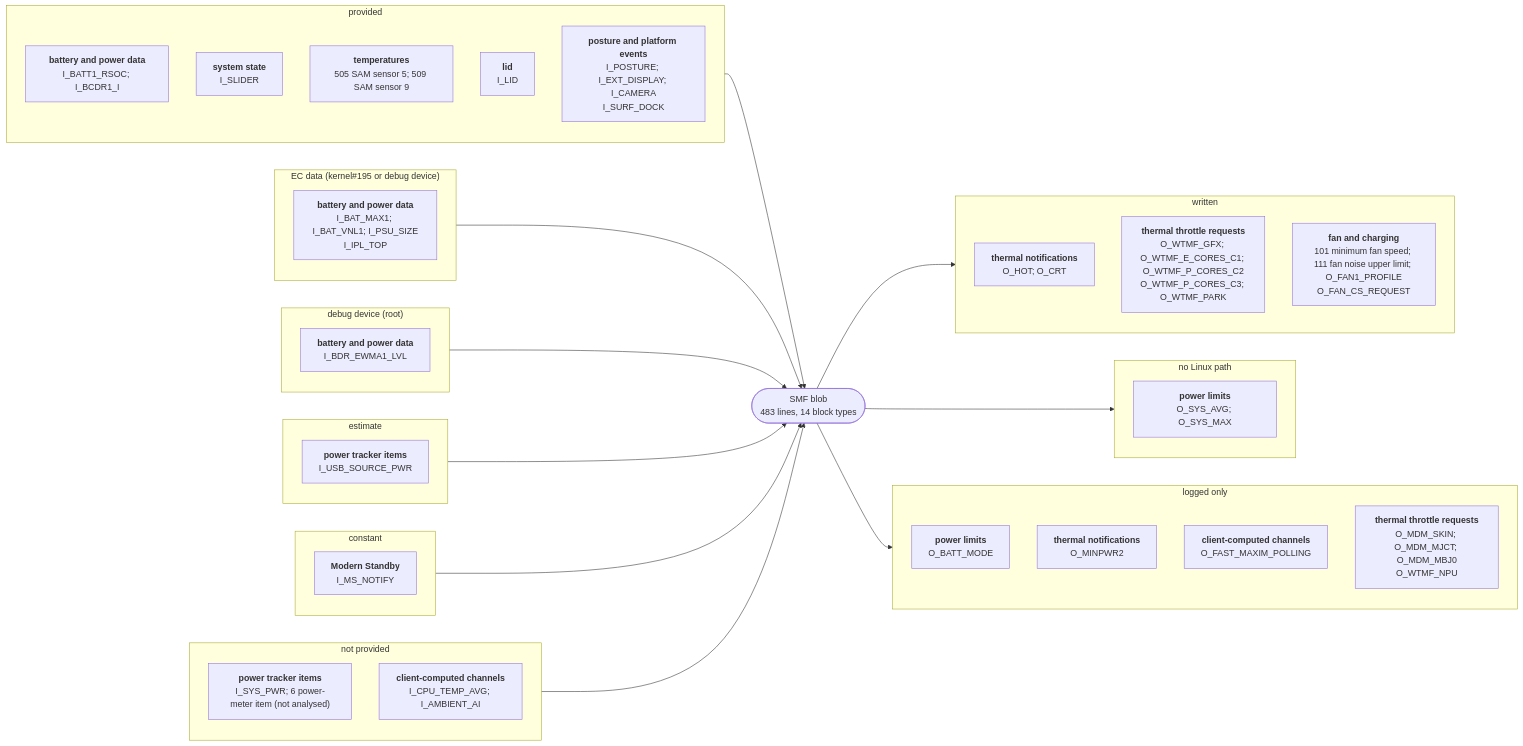
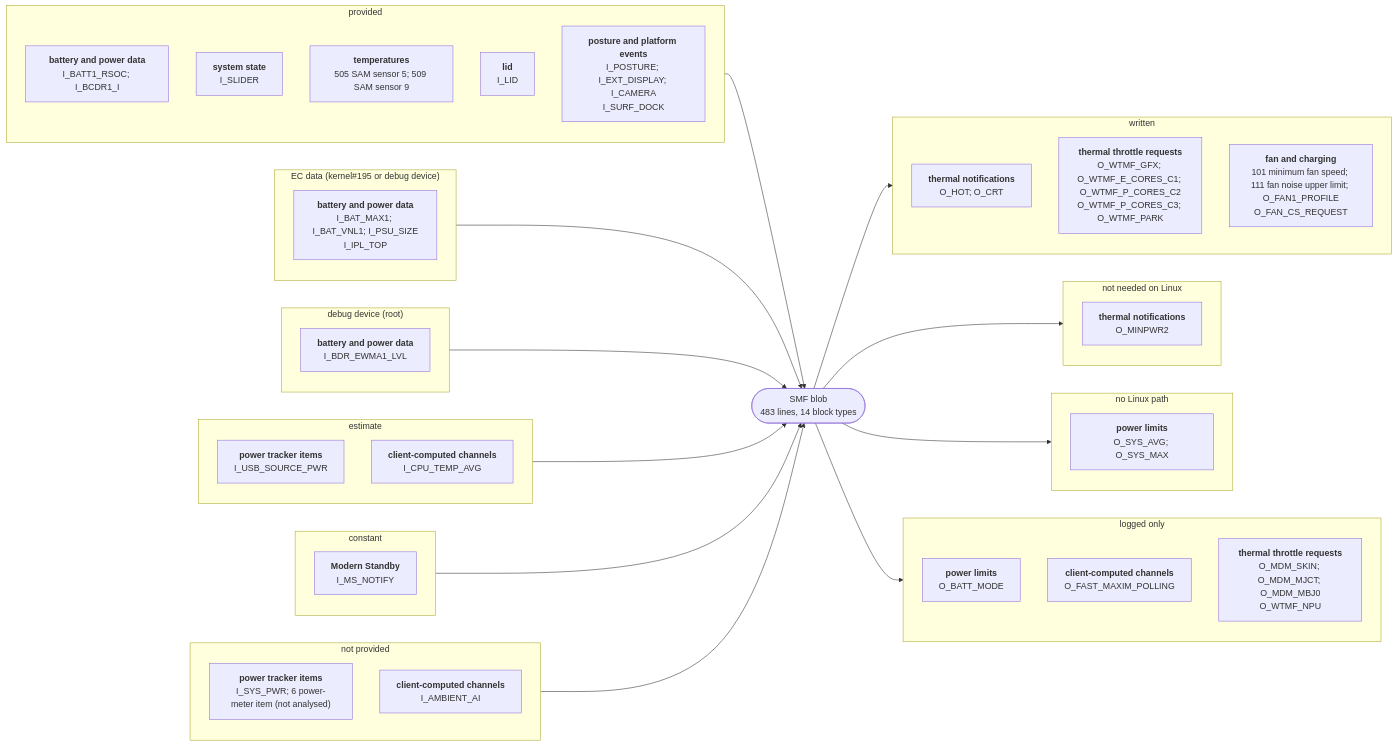
The diagram in docs/devices/surface-pro-11-snapdragon.md (larsschellhas/linux-surface-power), drawn with Mermaid before and after one commit. The commit also changed other lines of this file and 42 other files, not shown here.

First line of the commit message:
Remaining Pro 10 outputs: PL1 time window, sensor offset, two not needed

````diff
--- a/docs/devices/surface-pro-11-snapdragon.md
+++ b/docs/devices/surface-pro-11-snapdragon.md
@@ -22,50 +22,54 @@
 ```mermaid
 flowchart LR
     subgraph IN0["provided"]
         I0_28B7BD85["<b>battery and power data</b><br/>I_BATT1_RSOC; I_BCDR1_I"]
         I0_2DD6960F["<b>system state</b><br/>I_SLIDER"]
         I0_2E8B14C2["<b>temperatures</b><br/>505 SAM sensor 5; 509 SAM sensor 9"]
         I0_5D0EE597["<b>lid</b><br/>I_LID"]
         I0_8060B17F["<b>posture and platform events</b><br/>I_POSTURE; I_EXT_DISPLAY; I_CAMERA<br/>I_SURF_DOCK"]
     end
     IN0 --> B
     subgraph IN1["EC data (kernel#195 or debug device)"]
         I1_28B7BD85["<b>battery and power data</b><br/>I_BAT_MAX1; I_BAT_VNL1; I_PSU_SIZE<br/>I_IPL_TOP"]
     end
     IN1 --> B
     subgraph IN2["debug device (root)"]
         I2_28B7BD85["<b>battery and power data</b><br/>I_BDR_EWMA1_LVL"]
     end
     IN2 --> B
     subgraph IN3["estimate"]
         I3_049E36F2["<b>power tracker items</b><br/>I_USB_SOURCE_PWR"]
+        I3_87008365["<b>client-computed channels</b><br/>I_CPU_TEMP_AVG"]
     end
     IN3 --> B
     subgraph IN4["constant"]
         I4_DEF1AB69["<b>Modern Standby</b><br/>I_MS_NOTIFY"]
     end
     IN4 --> B
     subgraph IN5["not provided"]
         I5_049E36F2["<b>power tracker items</b><br/>I_SYS_PWR; 6 power-meter item (not analysed)"]
-        I5_87008365["<b>client-computed channels</b><br/>I_CPU_TEMP_AVG; I_AMBIENT_AI"]
+        I5_87008365["<b>client-computed channels</b><br/>I_AMBIENT_AI"]
     end
     IN5 --> B
     B(["SMF blob<br/>483 lines, 14 block types"])
     subgraph OUT0["written"]
         O0_110DF2A4["<b>thermal notifications</b><br/>O_HOT; O_CRT"]
         O0_9BBB8910["<b>thermal throttle requests</b><br/>O_WTMF_GFX; O_WTMF_E_CORES_C1; O_WTMF_P_CORES_C2<br/>O_WTMF_P_CORES_C3; O_WTMF_PARK"]
         O0_B620798F["<b>fan and charging</b><br/>101 minimum fan speed; 111 fan noise upper limit; O_FAN1_PROFILE<br/>O_FAN_CS_REQUEST"]
     end
     B --> OUT0
-    subgraph OUT1["no Linux path"]
-        O1_0B7B5350["<b>power limits</b><br/>O_SYS_AVG; O_SYS_MAX"]
+    subgraph OUT1["not needed on Linux"]
+        O1_110DF2A4["<b>thermal notifications</b><br/>O_MINPWR2"]
     end
     B --> OUT1
-    subgraph OUT2["logged only"]
-        O2_0B7B5350["<b>power limits</b><br/>O_BATT_MODE"]
-        O2_110DF2A4["<b>thermal notifications</b><br/>O_MINPWR2"]
-        O2_87008365["<b>client-computed channels</b><br/>O_FAST_MAXIM_POLLING"]
-        O2_9BBB8910["<b>thermal throttle requests</b><br/>O_MDM_SKIN; O_MDM_MJCT; O_MDM_MBJ0<br/>O_WTMF_NPU"]
+    subgraph OUT2["no Linux path"]
+        O2_0B7B5350["<b>power limits</b><br/>O_SYS_AVG; O_SYS_MAX"]
     end
     B --> OUT2
+    subgraph OUT3["logged only"]
+        O3_0B7B5350["<b>power limits</b><br/>O_BATT_MODE"]
+        O3_87008365["<b>client-computed channels</b><br/>O_FAST_MAXIM_POLLING"]
+        O3_9BBB8910["<b>thermal throttle requests</b><br/>O_MDM_SKIN; O_MDM_MJCT; O_MDM_MBJ0<br/>O_WTMF_NPU"]
+    end
+    B --> OUT3
 ```
````
